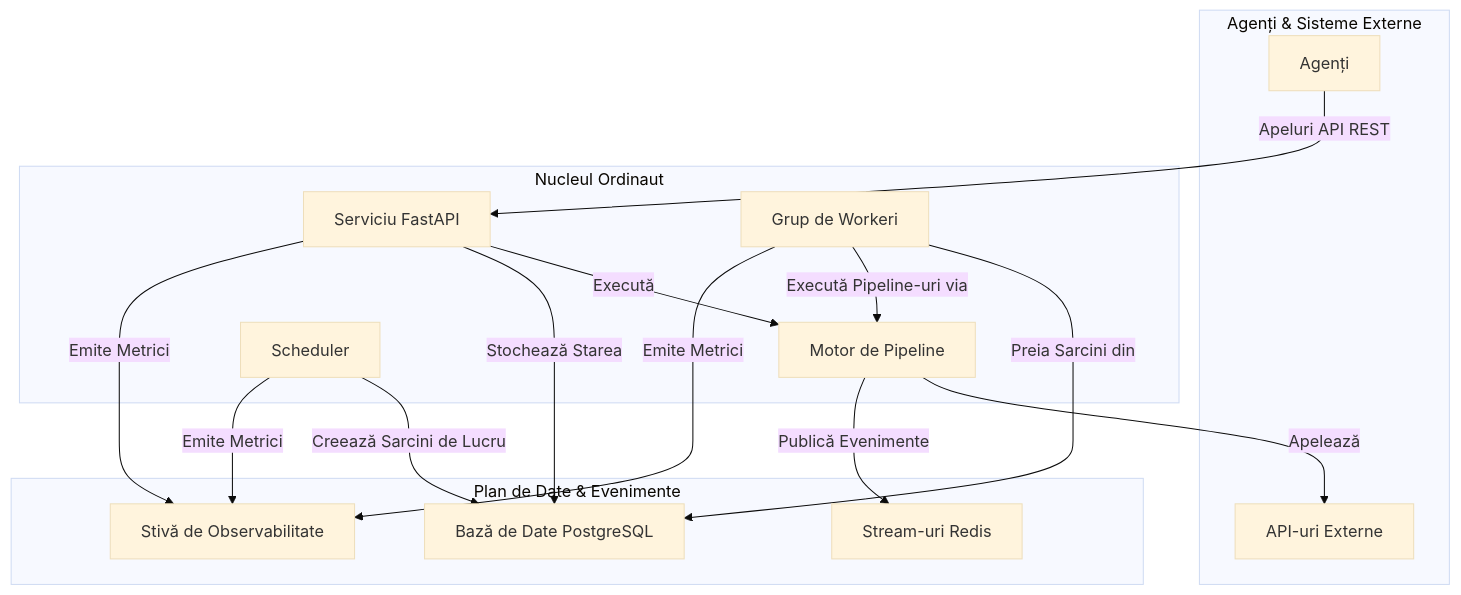
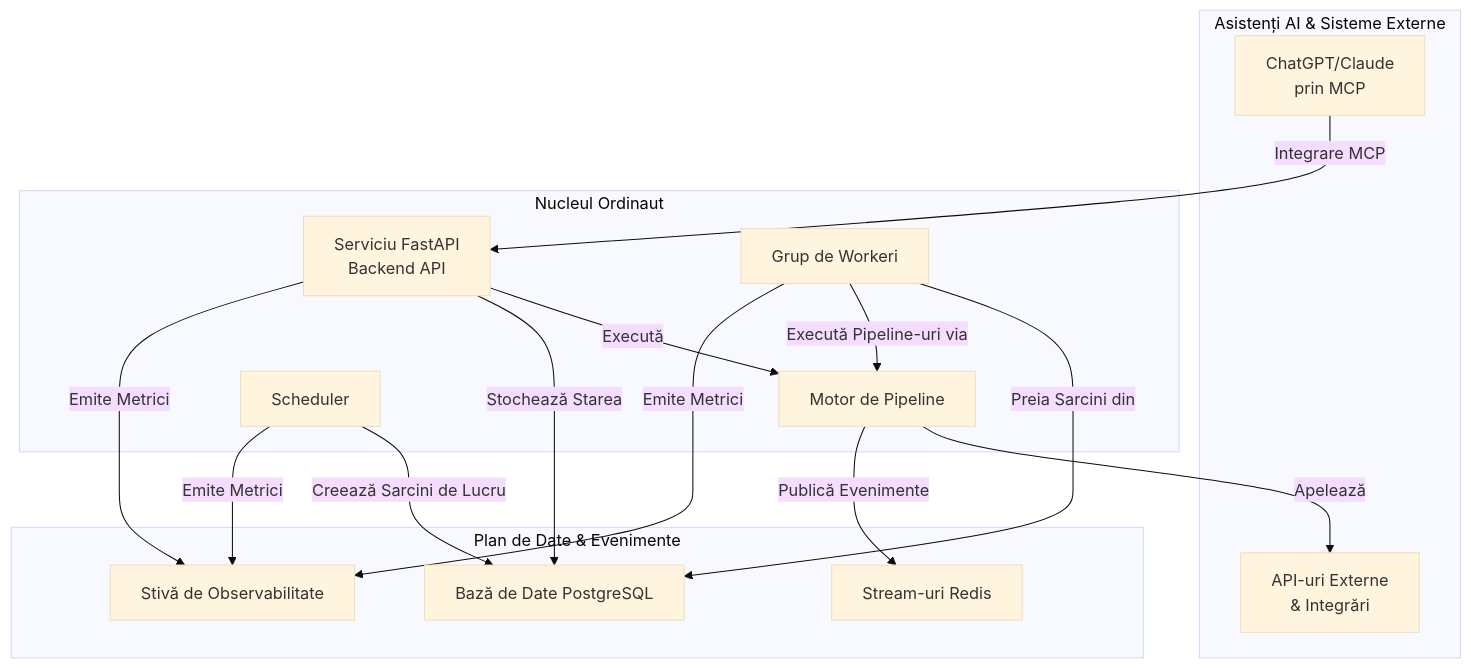
Before and after one commit to yoda-digital/ordinaut: the diagram in docs/getting-started/overview.ro.md, drawn with Mermaid (base theme). The commit also changed other lines of this file and 51 other files, not shown here.

````diff
--- a/docs/getting-started/overview.ro.md
+++ b/docs/getting-started/overview.ro.md
@@ -17,33 +17,33 @@
 ```mermaid
 graph TD
-    subgraph Agenți & Sisteme Externe
-        A[Agenți]
-        E[API-uri Externe]
+    subgraph Asistenți AI & Sisteme Externe
+        A[ChatGPT/Claude<br/>prin MCP]
+        E[API-uri Externe<br/>& Integrări]
     end
 
     subgraph Nucleul Ordinaut
-        B[Serviciu FastAPI]
+        B[Serviciu FastAPI<br/>Backend API]
         C[Motor de Pipeline]
         D[Grup de Workeri]
         F[Scheduler]
     end
 
     subgraph Plan de Date & Evenimente
         G[Bază de Date PostgreSQL]
         H[Stream-uri Redis]
         I[Stivă de Observabilitate]
     end
 
-    A -- Apeluri API REST --> B
+    A -- Integrare MCP --> B
     B -- Execută --> C
     C -- Apelează --> E
     C -- Publică Evenimente --> H
     F -- Creează Sarcini de Lucru --> G
     D -- Preia Sarcini din --> G
     D -- Execută Pipeline-uri via --> C
     
     B -- Stochează Starea --> G
     B -- Emite Metrici --> I
     D -- Emite Metrici --> I
     F -- Emite Metrici --> I
 ```
````
